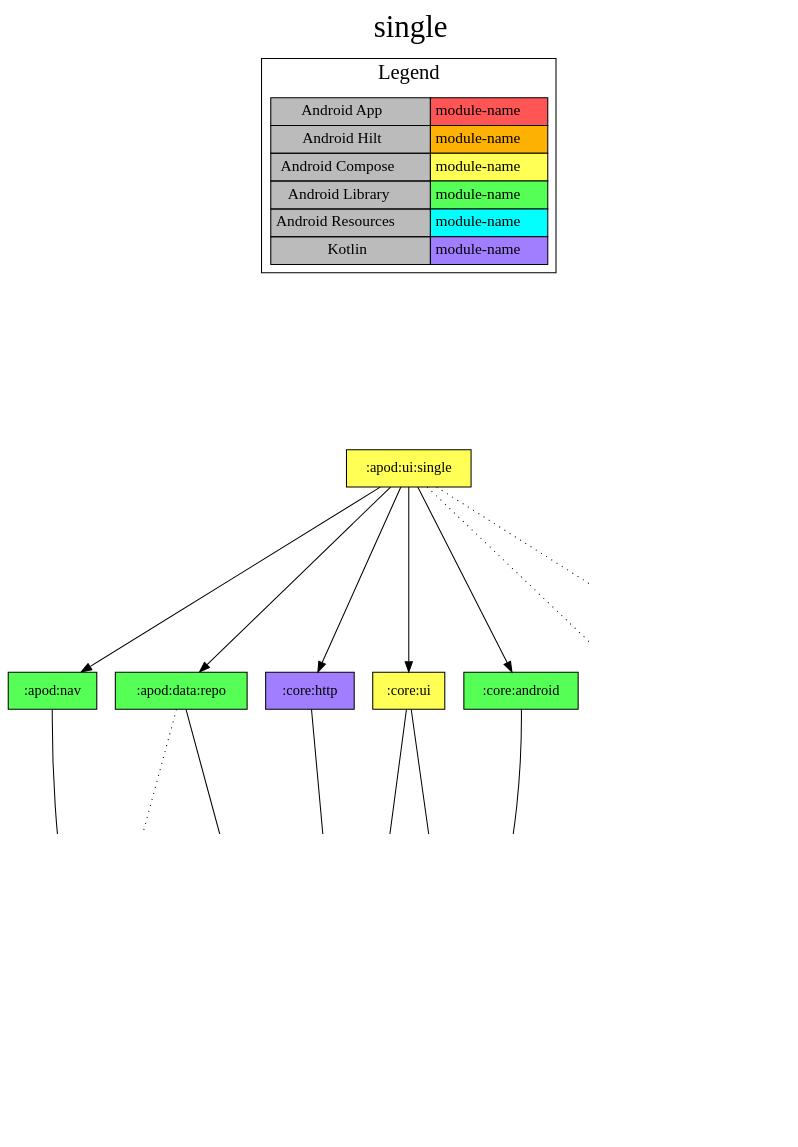
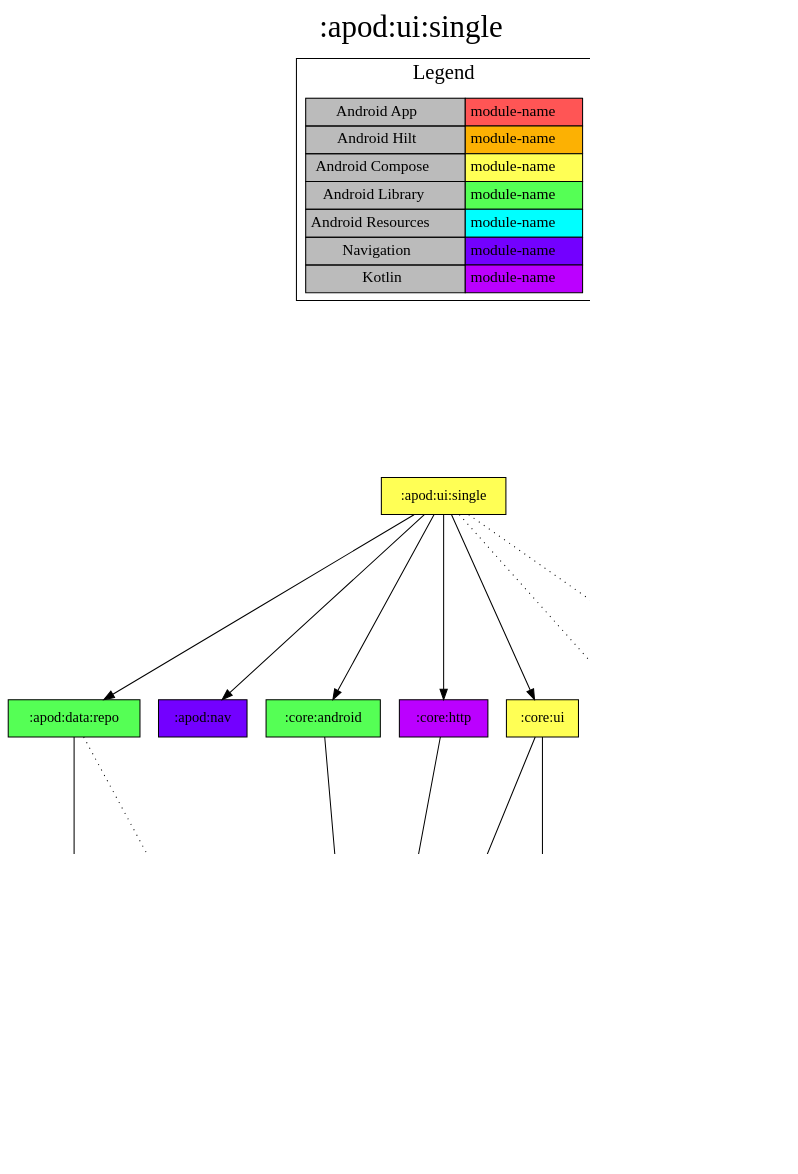
The diagram in modules/apod/ui/single/project-dependency-graph.dot (jonapoul/nasa-android), drawn with Graphviz before and after one commit. The commit also changed 162 other files, not shown here.

```diff
--- a/modules/apod/ui/single/project-dependency-graph.dot
+++ b/modules/apod/ui/single/project-dependency-graph.dot
@@ -1,52 +1,52 @@
 digraph {
 edge ["dir"="forward"]
-graph ["dpi"="100","label"="single","labelloc"="t","fontsize"="30","ranksep"="2.5","rankdir"="TB"]
+graph ["dpi"="100","label"=":apod:ui:single","labelloc"="t","fontsize"="30","ranksep"="2.5","rankdir"="TB"]
 node ["style"="filled"]
 ":apod:ui:single" ["fillcolor"="#FFFF55","shape"="box"]
 ":apod:data:repo" ["fillcolor"="#55FF55","shape"="box"]
-":apod:data:api" ["fillcolor"="#A17EFF","shape"="box"]
-":apod:model" ["fillcolor"="#A17EFF","shape"="box"]
-":core:model" ["fillcolor"="#A17EFF","shape"="box"]
-":db:apod" ["fillcolor"="#A17EFF","shape"="box"]
-":apod:nav" ["fillcolor"="#55FF55","shape"="box"]
+":apod:data:api" ["fillcolor"="#BB00FF","shape"="box"]
+":apod:model" ["fillcolor"="#BB00FF","shape"="box"]
+":core:model" ["fillcolor"="#BB00FF","shape"="box"]
+":db:apod" ["fillcolor"="#BB00FF","shape"="box"]
+":apod:nav" ["fillcolor"="#7300FF","shape"="box"]
 ":core:android" ["fillcolor"="#55FF55","shape"="box"]
-":core:http" ["fillcolor"="#A17EFF","shape"="box"]
+":core:http" ["fillcolor"="#BB00FF","shape"="box"]
 ":core:ui" ["fillcolor"="#FFFF55","shape"="box"]
 ":core:res" ["fillcolor"="#00FFFF","shape"="box"]
 ":apod:res" ["fillcolor"="#00FFFF","shape"="box"]
-":settings:nav" ["fillcolor"="#A17EFF","shape"="box"]
+":settings:nav" ["fillcolor"="#7300FF","shape"="box"]
 {
 edge ["dir"="none"]
 graph ["rank"="same"]
 }
 ":apod:ui:single" -> ":apod:data:repo"
 ":apod:ui:single" -> ":apod:nav"
 ":apod:ui:single" -> ":core:android"
 ":apod:ui:single" -> ":core:http"
 ":apod:ui:single" -> ":core:ui"
 ":apod:ui:single" -> ":apod:res" ["style"="dotted"]
 ":apod:ui:single" -> ":settings:nav" ["style"="dotted"]
 ":apod:data:repo" -> ":apod:data:api"
 ":apod:data:repo" -> ":db:apod" ["style"="dotted"]
 ":apod:data:api" -> ":apod:model"
 ":apod:data:api" -> ":core:model"
-":apod:nav" -> ":apod:model"
 ":core:android" -> ":core:model"
 ":core:http" -> ":core:model"
 ":core:ui" -> ":core:model"
 ":core:ui" -> ":core:res"
 subgraph "cluster_legend" {
 edge ["dir"="none"]
 graph ["label"="Legend","fontsize"="20"]
 "Legend" ["style"="filled","fillcolor"="#bbbbbb","shape"="none","margin"="0","fontsize"="15","label"=<
 <TABLE BORDER="0" CELLBORDER="1" CELLSPACING="0" CELLPADDING="4">
 <TR><TD>Android App</TD><TD BGCOLOR="#FF5555">module-name</TD></TR>
 <TR><TD>Android Hilt</TD><TD BGCOLOR="#FCB103">module-name</TD></TR>
 <TR><TD>Android Compose</TD><TD BGCOLOR="#FFFF55">module-name</TD></TR>
 <TR><TD>Android Library</TD><TD BGCOLOR="#55FF55">module-name</TD></TR>
 <TR><TD>Android Resources</TD><TD BGCOLOR="#00FFFF">module-name</TD></TR>
-<TR><TD>Kotlin</TD><TD BGCOLOR="#A17EFF">module-name</TD></TR>
+<TR><TD>Navigation</TD><TD BGCOLOR="#7300FF">module-name</TD></TR>
+<TR><TD>Kotlin</TD><TD BGCOLOR="#BB00FF">module-name</TD></TR>
 </TABLE>
 >]
 } -> ":apod:ui:single" ["style"="invis"]
 }
```
